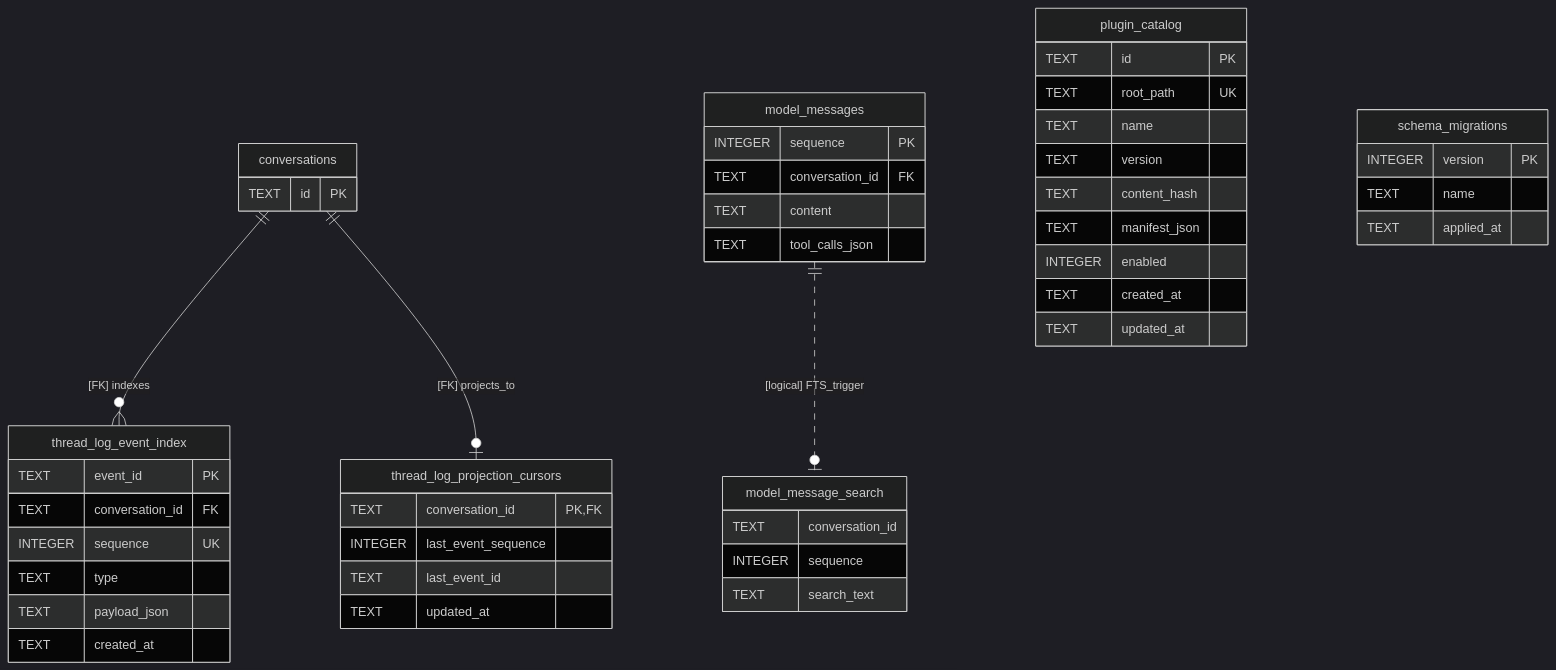
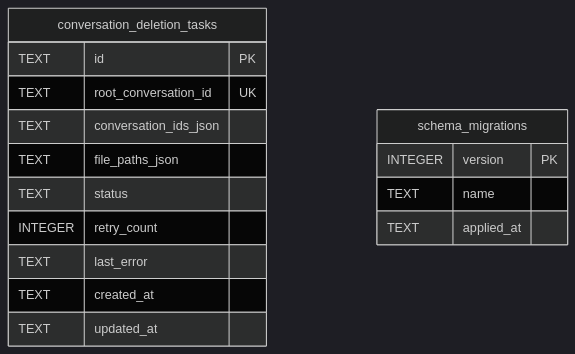
One commit to GuoWWWX/aster-agent changed the third of 5 diagrams in doc/21-数据库实体关系图.md. Above: the diagram before and after it, drawn with Mermaid (dark theme). The commit also changed other lines of this file and 85 other files, not shown here.

````diff
--- a/doc/21-数据库实体关系图.md
+++ b/doc/21-数据库实体关系图.md
@@ -503,57 +202,20 @@
 ```mermaid
 erDiagram
-    conversations {
+    conversation_deletion_tasks {
         TEXT id PK
-    }
-
-    model_messages {
-        INTEGER sequence PK
-        TEXT conversation_id FK
-        TEXT content
-        TEXT tool_calls_json
-    }
-
-    model_message_search {
-        TEXT conversation_id
-        INTEGER sequence
-        TEXT search_text
-    }
-
-    thread_log_event_index {
-        TEXT event_id PK
-        TEXT conversation_id FK
-        INTEGER sequence UK
-        TEXT type
-        TEXT payload_json
-        TEXT created_at
-    }
-
-    thread_log_projection_cursors {
-        TEXT conversation_id PK,FK
-        INTEGER last_event_sequence
-        TEXT last_event_id
-        TEXT updated_at
-    }
-
-    plugin_catalog {
-        TEXT id PK
-        TEXT root_path UK
-        TEXT name
-        TEXT version
-        TEXT content_hash
-        TEXT manifest_json
-        INTEGER enabled
+        TEXT root_conversation_id UK
+        TEXT conversation_ids_json
+        TEXT file_paths_json
+        TEXT status
+        INTEGER retry_count
+        TEXT last_error
         TEXT created_at
         TEXT updated_at
     }
 
     schema_migrations {
         INTEGER version PK
         TEXT name
         TEXT applied_at
     }
-
-    conversations ||--o{ thread_log_event_index : "[FK] indexes"
-    conversations ||--o| thread_log_projection_cursors : "[FK] projects_to"
-    model_messages ||..o| model_message_search : "[logical] FTS_trigger"
 ```
````
